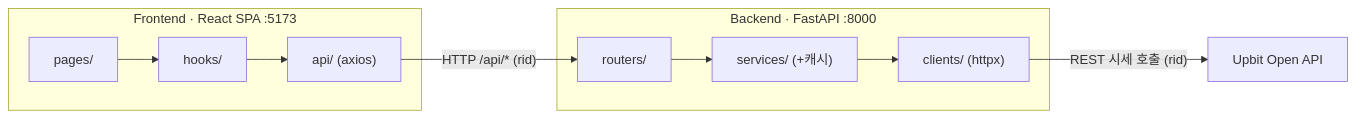
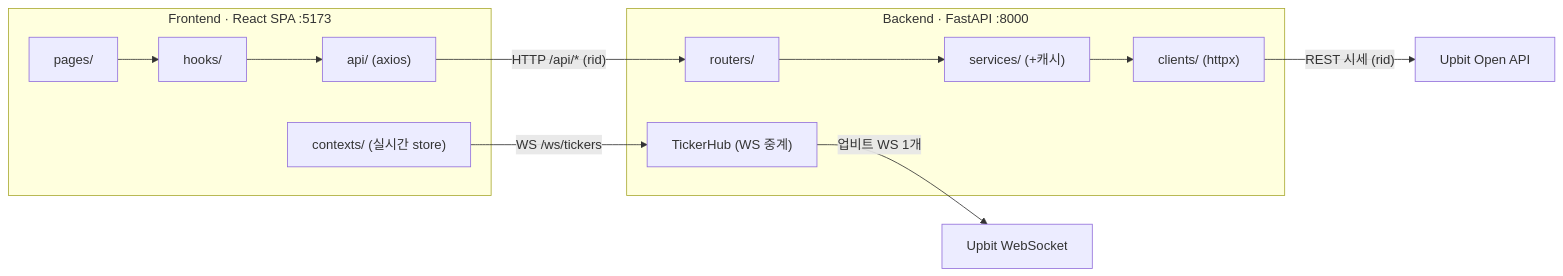
Before and after one commit to rlatkd/up-quant: the diagram in README.md, drawn with Mermaid. The commit also changed other lines of this file, not shown here.

Commit message:
docs: README 전면 개편 — 퀀트 의사결정 흐름·9기법·실시간/IA 최신화

````diff
--- a/README.md
+++ b/README.md
@@ -80,11 +159,15 @@
 ```mermaid
 flowchart LR
     subgraph FE["Frontend · React SPA :5173"]
         pages["pages/"] --> hooks["hooks/"] --> apicall["api/ (axios)"]
+        store["contexts/ (실시간 store)"]
     end
     subgraph BE["Backend · FastAPI :8000"]
         routers["routers/"] --> services["services/ (+캐시)"] --> clients["clients/ (httpx)"]
+        hub["TickerHub (WS 중계)"]
     end
     apicall -- "HTTP /api/* (rid)" --> routers
-    clients -- "REST 시세 호출 (rid)" --> upbit["Upbit Open API"]
+    store -- "WS /ws/tickers" --> hub
+    clients -- "REST 시세 (rid)" --> upbit["Upbit Open API"]
+    hub -- "업비트 WS 1개" --> upbitws["Upbit WebSocket"]
 ```
````
